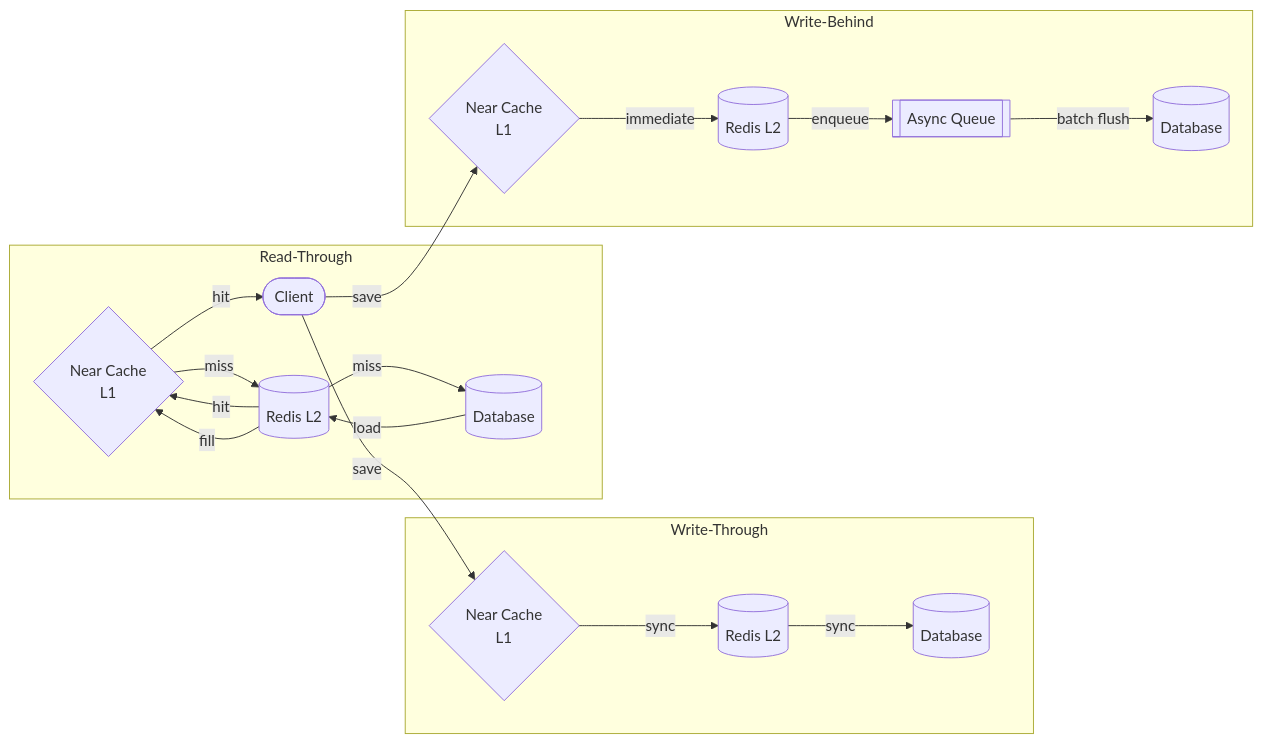
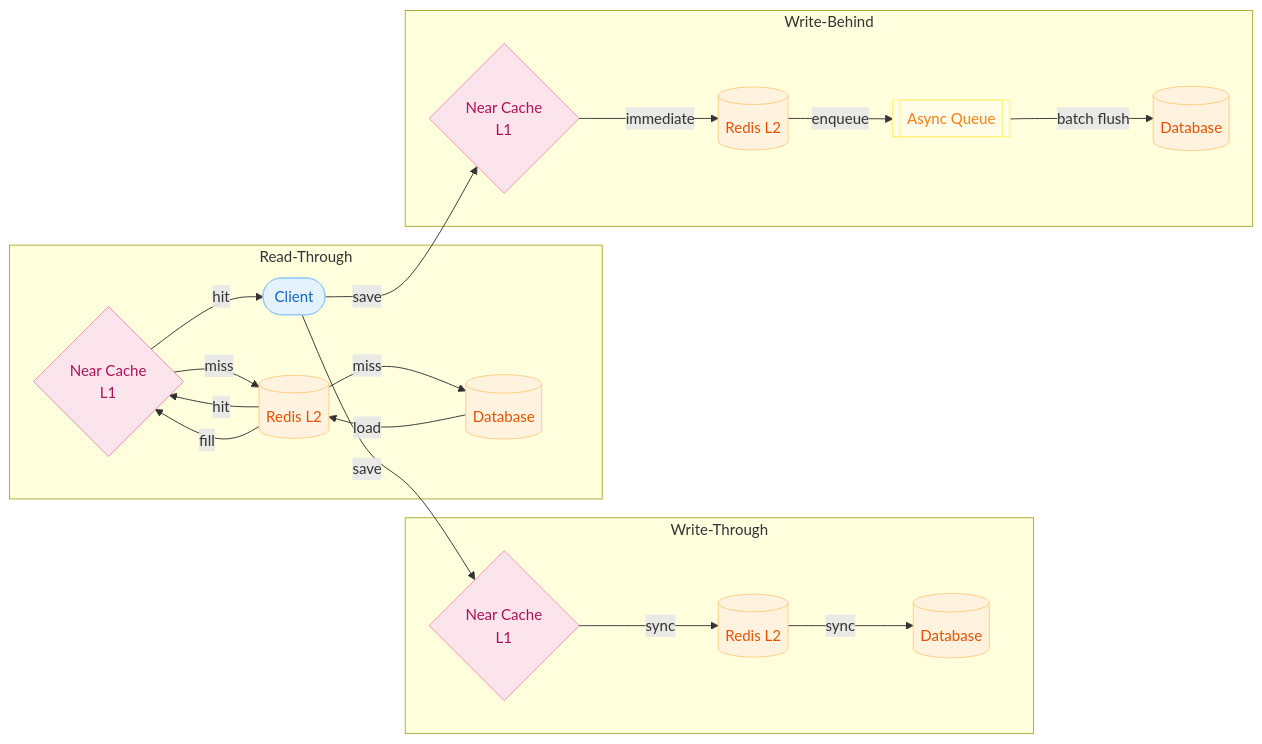
One commit to bluetape4k/exposed-workshop changed the second of 5 diagrams in 11-high-performance/01-cache-strategies/README.md. Above: the diagram before and after it, drawn with Mermaid. The commit also changed other lines of this file and 56 other files, not shown here.

First line of the commit message:
docs: 전체 README mermaid 다이어그램에 파스텔 톤 색상 적용

````diff
--- a/11-high-performance/01-cache-strategies/README.md
+++ b/11-high-performance/01-cache-strategies/README.md
@@ -63,36 +63,48 @@
 ```mermaid
 flowchart LR
     Client([Client])
 
     subgraph "Read-Through"
         RT_Cache{Near Cache\nL1}
         RT_Redis[(Redis L2)]
         RT_DB[(Database)]
         RT_Cache -- hit --> Client
         RT_Cache -- miss --> RT_Redis
         RT_Redis -- hit --> RT_Cache
         RT_Redis -- miss --> RT_DB
         RT_DB -- load --> RT_Redis
         RT_Redis -- fill --> RT_Cache
     end
 
     subgraph "Write-Through"
         WT_Cache{Near Cache\nL1}
         WT_Redis[(Redis L2)]
         WT_DB[(Database)]
         Client -- save --> WT_Cache
         WT_Cache -- sync --> WT_Redis
         WT_Redis -- sync --> WT_DB
     end
 
     subgraph "Write-Behind"
         WB_Cache{Near Cache\nL1}
         WB_Redis[(Redis L2)]
         WB_DB[(Database)]
         WB_Queue[[Async Queue]]
         Client -- save --> WB_Cache
         WB_Cache -- immediate --> WB_Redis
         WB_Redis -- enqueue --> WB_Queue
         WB_Queue -- batch flush --> WB_DB
     end
+
+    classDef blue fill:#E3F2FD,stroke:#90CAF9,color:#1565C0
+    classDef green fill:#E8F5E9,stroke:#A5D6A7,color:#2E7D32
+    classDef orange fill:#FFF3E0,stroke:#FFCC80,color:#E65100
+    classDef pink fill:#FCE4EC,stroke:#F48FB1,color:#AD1457
+    classDef yellow fill:#FFFDE7,stroke:#FFF176,color:#F57F17
+
+    class Client blue
+    class RT_Cache,WT_Cache,WB_Cache pink
+    class RT_Redis,WT_Redis,WB_Redis orange
+    class RT_DB,WT_DB,WB_DB orange
+    class WB_Queue yellow
 ```
````
